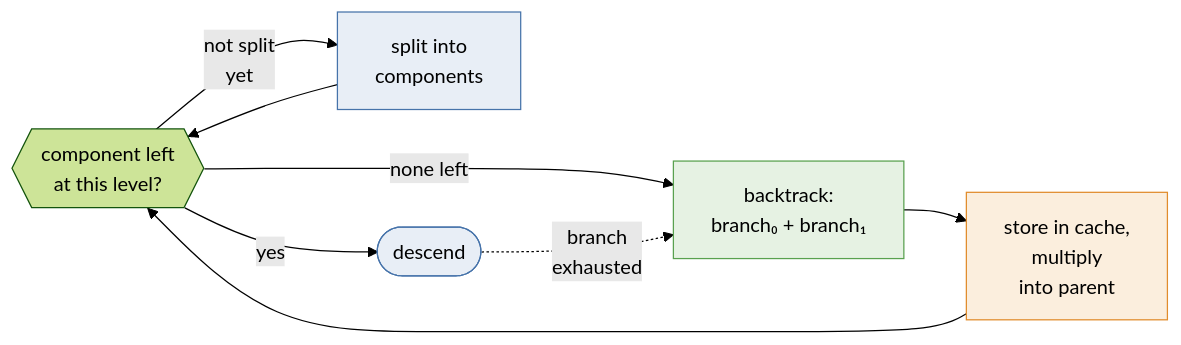
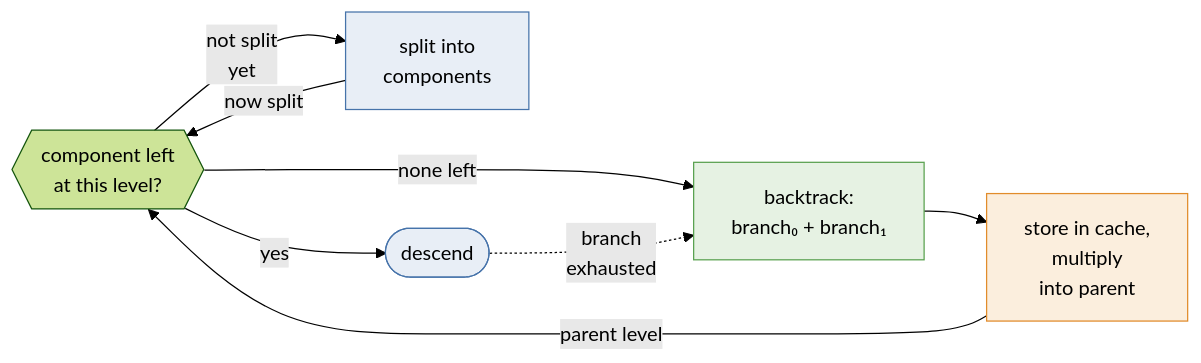
One commit to meelgroup/ganak-presentation changed the diagram in figs/mermaid/ascend.mmd. Above: the diagram before and after it, drawn with Mermaid (forest theme). The commit also changed 3 other files, not shown here.

Commit message:
Ascend diagram: label the two back arrows

```diff
--- a/figs/mermaid/ascend.mmd
+++ b/figs/mermaid/ascend.mmd
@@ -1,17 +1,17 @@
 flowchart LR
   A{{"component left<br/>at this level?"}}
   A -->|"not split<br/>yet"| B["split into<br/>components"]
-  B --> A
+  B -->|"now split"| A
   A -->|yes| H([descend])
   A -->|"none left"| J["backtrack:<br/>branch₀ + branch₁"]
   H -.->|"branch<br/>exhausted"| J
   J --> L["store in cache,<br/>multiply<br/>into parent"]
-  L --> A
+  L -->|"parent level"| A
 
   %% blue: search, green: counting, orange: cache
   classDef search fill:#e8eef6,stroke:#4673aa
   classDef count fill:#e6f2e3,stroke:#59a14f
   classDef cache fill:#fbeedd,stroke:#e18c2b
   class B,H search
   class J count
   class L cache
```
